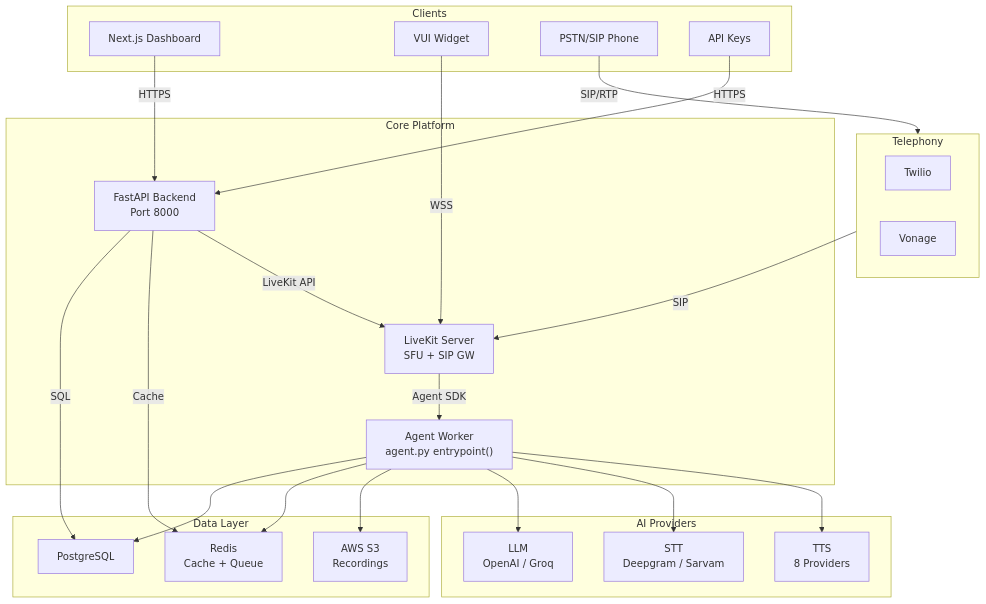
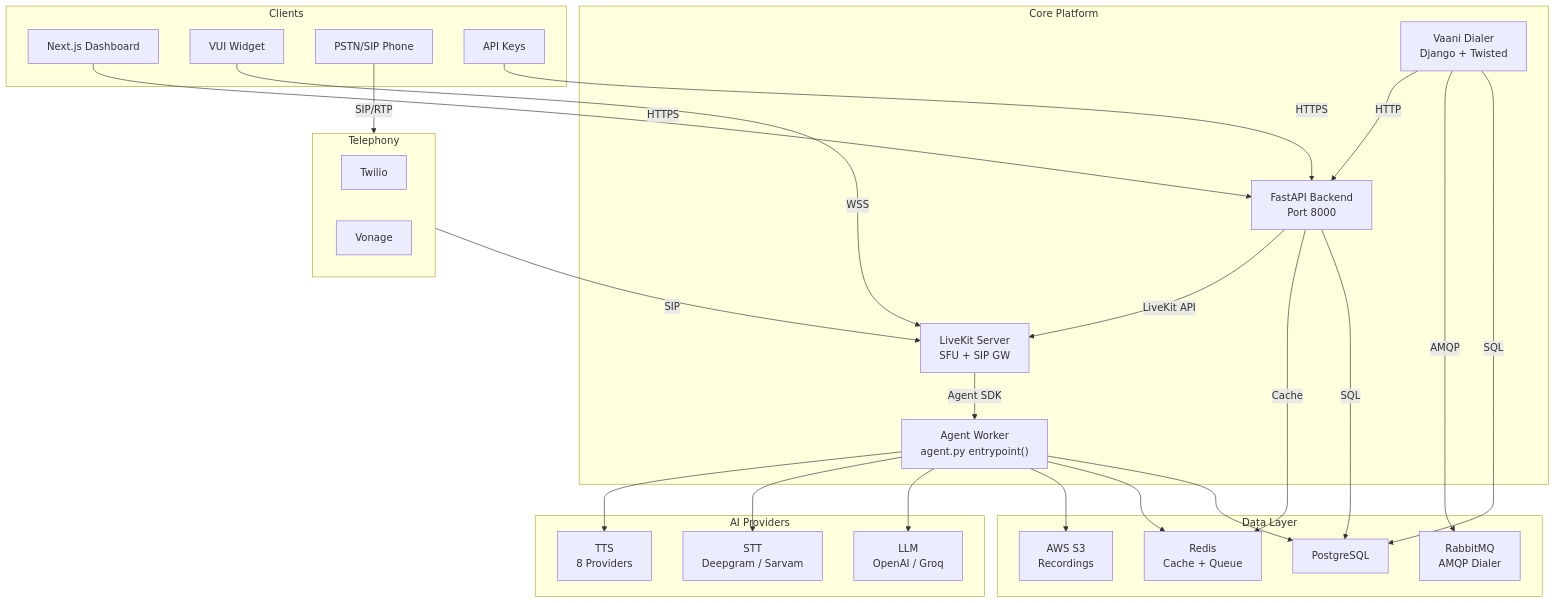
One commit to manashk/mintlify-docs changed the first of 8 diagrams in developer-guide/architecture.mdx. Above: the diagram before and after it, drawn with Mermaid. The commit also changed other lines of this file and 13 other files, not shown here.

Commit message:
added Campaign with Vaani dialer doc.n

````diff
--- a/developer-guide/architecture.mdx
+++ b/developer-guide/architecture.mdx
@@ -12,50 +12,56 @@
 ```mermaid
 graph TB
     subgraph Clients
         UI["Next.js Dashboard"]
         Widget["VUI Widget"]
         Phone["PSTN/SIP Phone"]
         APIKey["API Keys"]
     end
 
     subgraph Core["Core Platform"]
         Backend["FastAPI Backend<br/>Port 8000"]
         LiveKit["LiveKit Server<br/>SFU + SIP GW"]
         AgentWorker["Agent Worker<br/>agent.py entrypoint()"]
+        Dialer["Vaani Dialer<br/>Django + Twisted"]
     end
 
     subgraph Data["Data Layer"]
         PG["PostgreSQL"]
         Redis["Redis<br/>Cache + Queue"]
+        RabbitMQ["RabbitMQ<br/>AMQP Dialer"]
         S3["AWS S3<br/>Recordings"]
     end
 
     subgraph AI["AI Providers"]
         LLM["LLM<br/>OpenAI / Groq"]
         STT["STT<br/>Deepgram / Sarvam"]
         TTS["TTS<br/>8 Providers"]
     end
 
     subgraph Telephony["Telephony"]
         Twilio["Twilio"]
         Vonage["Vonage"]
     end
 
     UI -->|HTTPS| Backend
     Widget -->|WSS| LiveKit
     Phone -->|SIP/RTP| Telephony
     APIKey -->|HTTPS| Backend
 
     Telephony -->|SIP| LiveKit
     LiveKit -->|Agent SDK| AgentWorker
     Backend -->|SQL| PG
     Backend -->|Cache| Redis
     Backend -->|LiveKit API| LiveKit
 
+    Dialer -->|SQL| PG
+    Dialer -->|AMQP| RabbitMQ
+    Dialer -->|HTTP| Backend
+
     AgentWorker --> PG
     AgentWorker --> Redis
     AgentWorker --> S3
     AgentWorker --> LLM
     AgentWorker --> STT
     AgentWorker --> TTS
 ```
````
